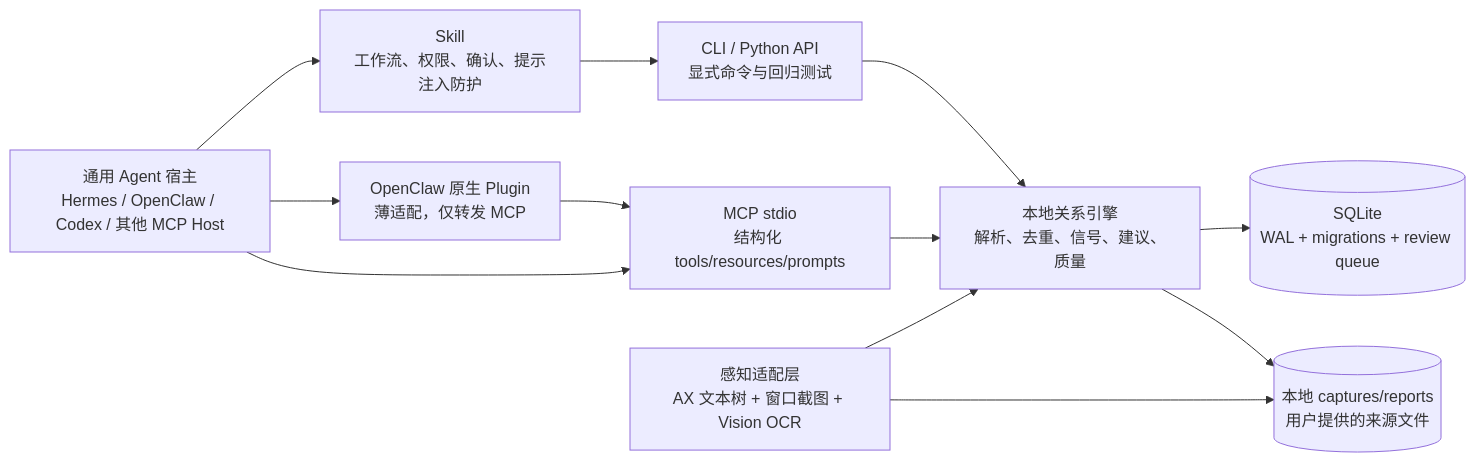
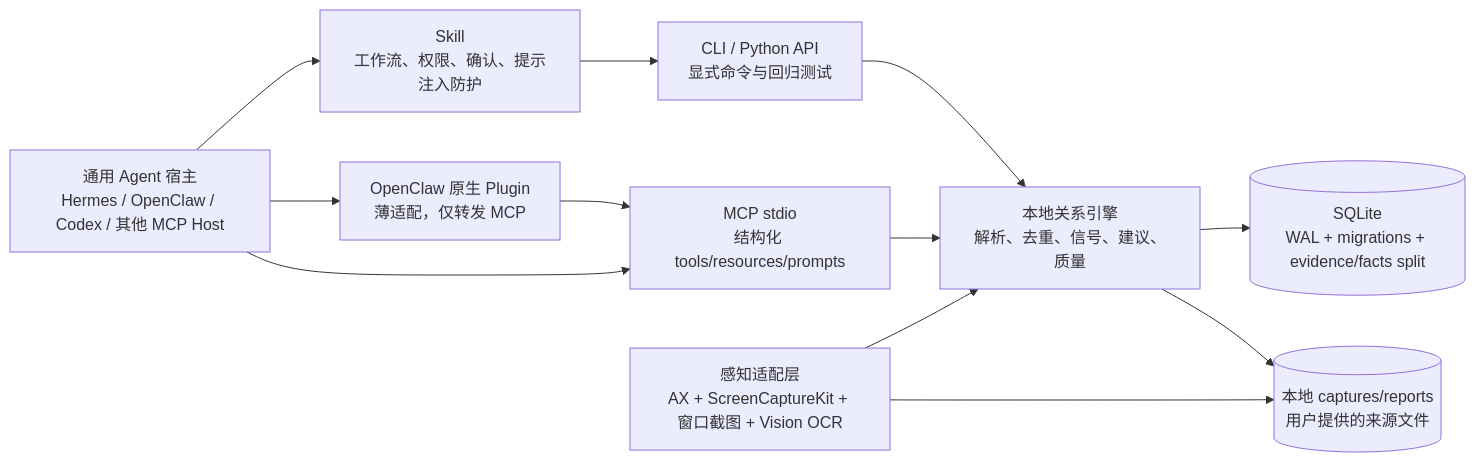
The first of 2 diagrams in docs/architecture.md (harrylabsj/wechat-social-assistant), drawn with Mermaid before and after one commit. The commit also changed other lines of this file and 38 other files, not shown here.

Commit message:
feat: ship v1.4 perception and privacy architecture

````diff
--- a/docs/architecture.md
+++ b/docs/architecture.md
@@ -17,24 +17,24 @@
 ```mermaid
 flowchart LR
     Host[通用 Agent 宿主\nHermes / OpenClaw / Codex / 其他 MCP Host]
     Skill[Skill\n工作流、权限、确认、提示注入防护]
     Plugin[OpenClaw 原生 Plugin\n薄适配，仅转发 MCP]
     MCP[MCP stdio\n结构化 tools/resources/prompts]
     CLI[CLI / Python API\n显式命令与回归测试]
-    Capture[感知适配层\nAX 文本树 + 窗口截图 + Vision OCR]
+    Capture[感知适配层\nAX + ScreenCaptureKit + 窗口截图 + Vision OCR]
     Core[本地关系引擎\n解析、去重、信号、建议、质量]
-    Store[(SQLite\nWAL + migrations + review queue)]
+    Store[(SQLite\nWAL + migrations + evidence/facts split)]
     Files[(本地 captures/reports\n用户提供的来源文件)]
 
     Host --> Skill
     Host --> Plugin
     Host --> MCP
     Skill --> CLI
     Plugin --> MCP
     MCP --> Core
     CLI --> Core
     Capture --> Core
     Core --> Store
     Capture --> Files
     Core --> Files
 ```
````
